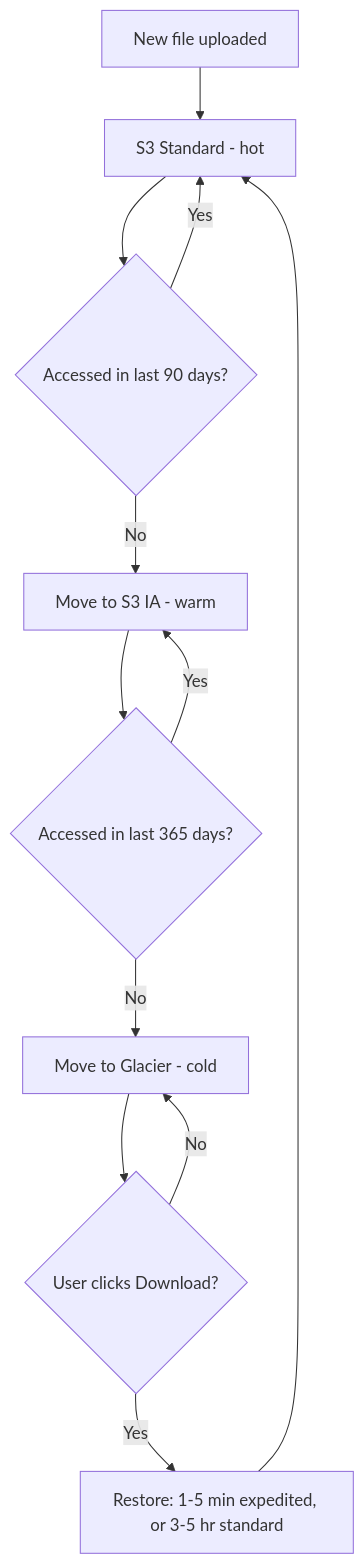
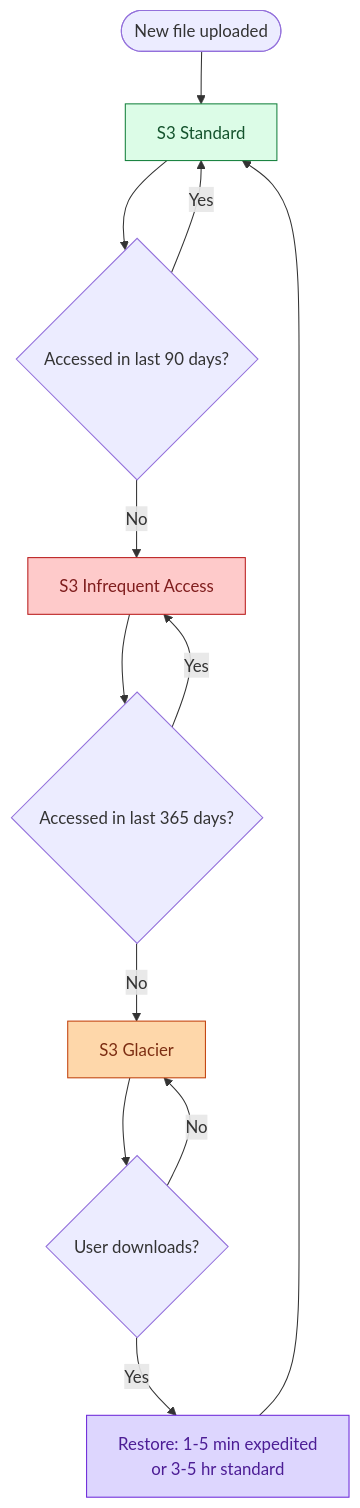
One commit to shiningflash/system-design changed the fourth of 5 diagrams in problems/020-file-upload-share/solution.md. Above: the diagram before and after it, drawn with Mermaid. The commit also changed other lines of this file and 38 other files, not shown here.

````diff
--- a/problems/020-file-upload-share/solution.md
+++ b/problems/020-file-upload-share/solution.md
@@ -423,14 +434,19 @@
 ```mermaid
 flowchart TD
-    A[New file uploaded] --> B[S3 Standard - hot]
+    A([New file uploaded]) --> B["S3 Standard"]:::app
     B --> C{Accessed in last 90 days?}
     C -->|Yes| B
-    C -->|No| D[Move to S3 IA - warm]
+    C -->|No| D["S3 Infrequent Access"]:::cache
     D --> E{Accessed in last 365 days?}
     E -->|Yes| D
-    E -->|No| F[Move to Glacier - cold]
-    F --> G{User clicks Download?}
+    E -->|No| F["S3 Glacier"]:::db
+    F --> G{User downloads?}
     G -->|No| F
-    G -->|Yes| H[Restore: 1-5 min expedited, or 3-5 hr standard]
+    G -->|Yes| H["Restore: 1-5 min expedited<br/>or 3-5 hr standard"]:::queue
     H --> B
+
+    classDef app   fill:#dcfce7,stroke:#15803d,color:#14532d
+    classDef cache fill:#fecaca,stroke:#b91c1c,color:#7f1d1d
+    classDef db    fill:#fed7aa,stroke:#c2410c,color:#7c2d12
+    classDef queue fill:#ddd6fe,stroke:#6d28d9,color:#4c1d95
 ```
````
